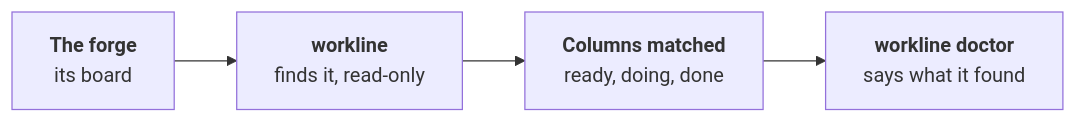
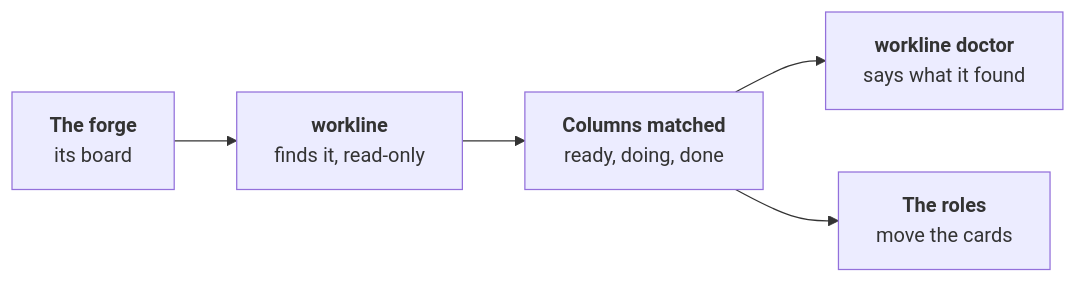
One commit to JN0V/workline changed the diagram in docs/boards.md. Above: the diagram before and after it, drawn with Mermaid. The commit also changed other lines of this file and 20 other files, not shown here.

Commit message:
feat(board): the roles move GitLab's cards (#735)

````diff
--- a/docs/boards.md
+++ b/docs/boards.md
@@ -7,6 +7,7 @@
 ```mermaid
 flowchart LR
   forge["<b>The forge</b><br/>its board"] --> find["<b>workline</b><br/>finds it, read-only"]
   find --> match["<b>Columns matched</b><br/>ready, doing, done"]
   match --> doctor["<b>workline doctor</b><br/>says what it found"]
+  match --> roles["<b>The roles</b><br/>move the cards"]
 ```
````
